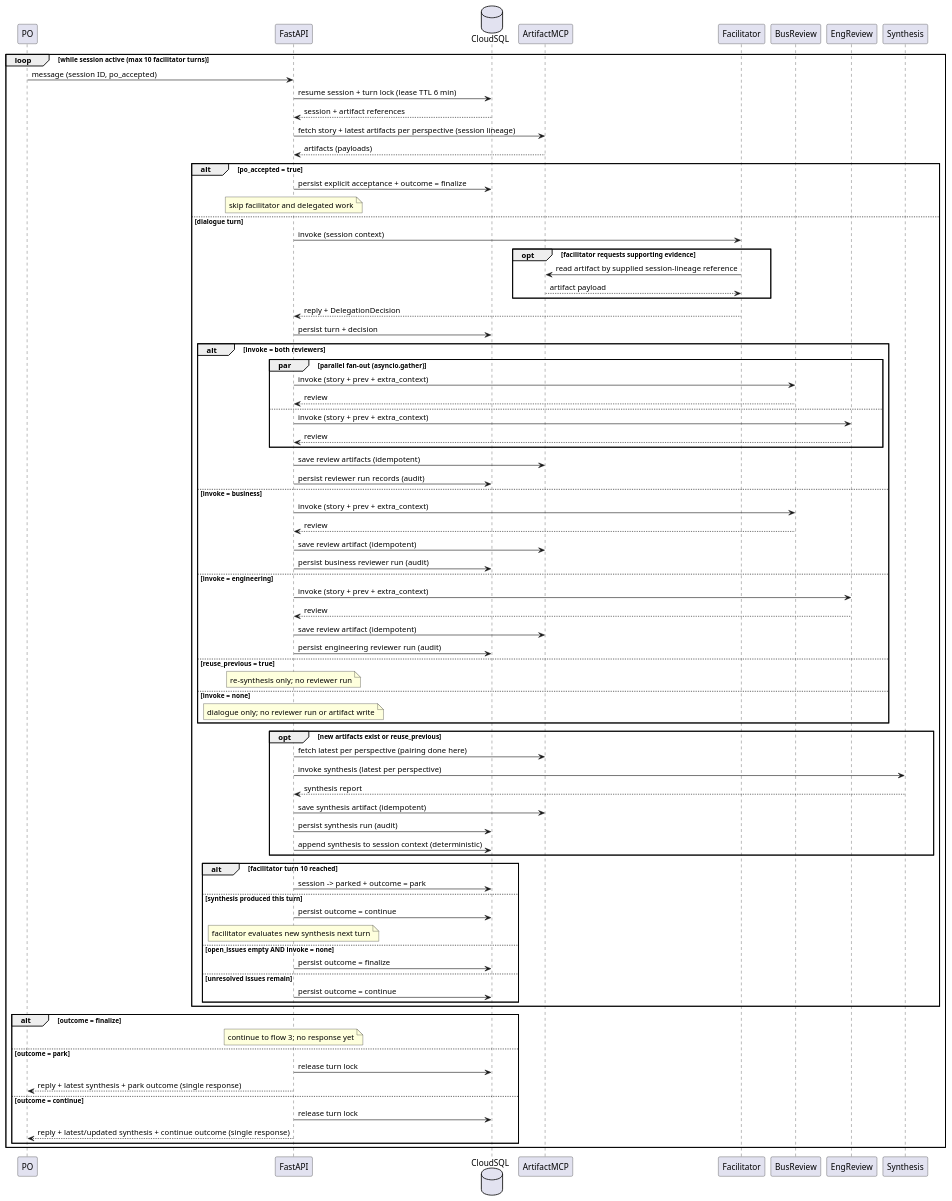
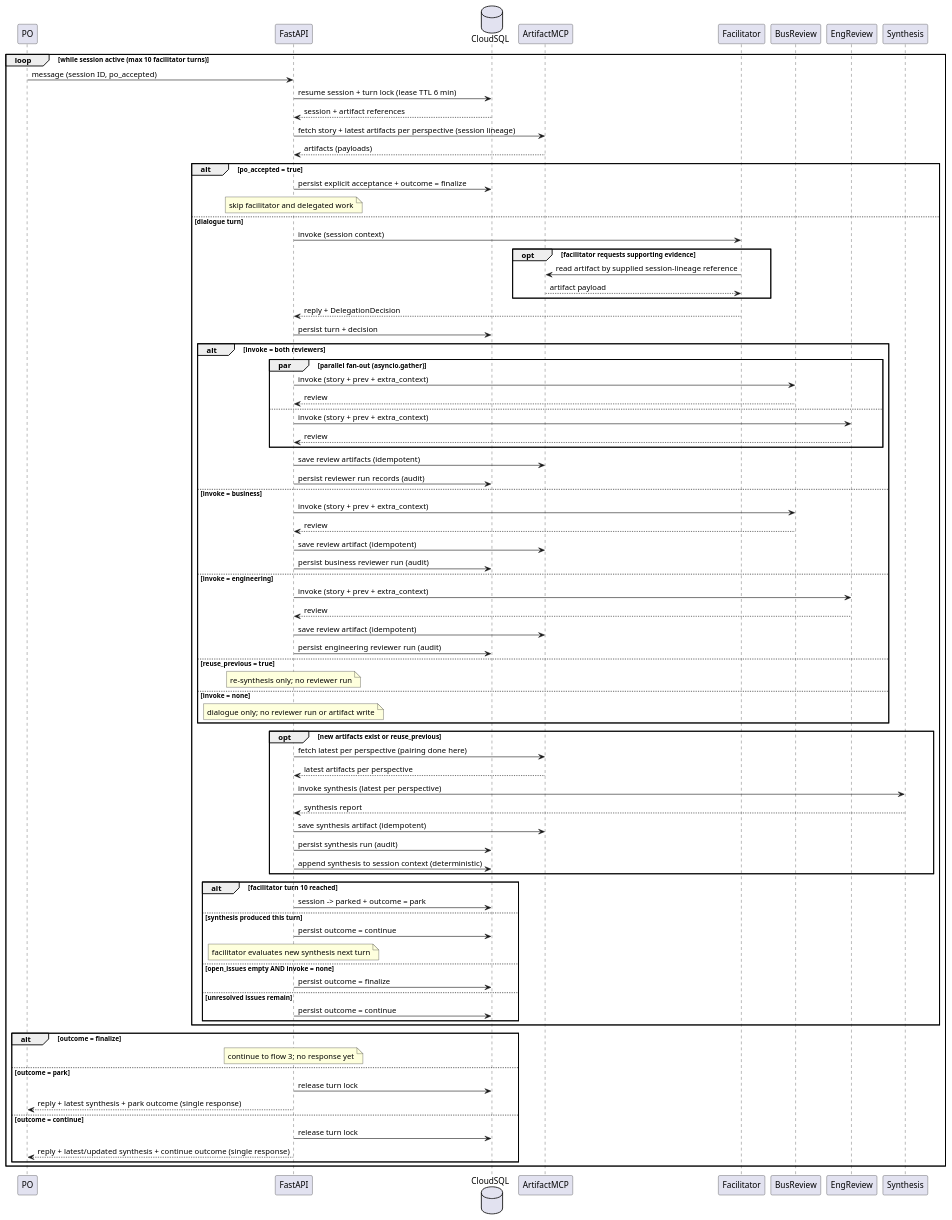
The diagram in docs/design/diagrams/flow2.puml (MMZ993/story-review), drawn with PlantUML before and after one commit. The commit also changed 1 other file, not shown here.

Commit message:
docs: add missing artifact mcp response before synthesis in flow 2 diagrams

```diff
--- a/docs/design/diagrams/flow2.puml
+++ b/docs/design/diagrams/flow2.puml
@@ -1,81 +1,82 @@
 @startuml
 participant PO
 participant "FastAPI" as F
 database "CloudSQL" as C
 participant "ArtifactMCP" as A
 participant "Facilitator" as T
 participant "BusReview" as B
 participant "EngReview" as E
 participant "Synthesis" as Y
 loop while session active (max 10 facilitator turns)
 PO -> F: message (session ID, po_accepted)
 F -> C: resume session + turn lock (lease TTL 6 min)
 C --> F: session + artifact references
 F -> A: fetch story + latest artifacts per perspective (session lineage)
 A --> F: artifacts (payloads)
 alt po_accepted = true
 F -> C: persist explicit acceptance + outcome = finalize
 note over F: skip facilitator and delegated work
 else dialogue turn
 F -> T: invoke (session context)
 opt facilitator requests supporting evidence
 T -> A: read artifact by supplied session-lineage reference
 A --> T: artifact payload
 end
 T --> F: reply + DelegationDecision
 F -> C: persist turn + decision
 alt invoke = both reviewers
 par parallel fan-out (asyncio.gather)
 F -> B: invoke (story + prev + extra_context)
 B --> F: review
 else
 F -> E: invoke (story + prev + extra_context)
 E --> F: review
 end
 F -> A: save review artifacts (idempotent)
 F -> C: persist reviewer run records (audit)
 else invoke = business
 F -> B: invoke (story + prev + extra_context)
 B --> F: review
 F -> A: save review artifact (idempotent)
 F -> C: persist business reviewer run (audit)
 else invoke = engineering
 F -> E: invoke (story + prev + extra_context)
 E --> F: review
 F -> A: save review artifact (idempotent)
 F -> C: persist engineering reviewer run (audit)
 else reuse_previous = true
 note over F: re-synthesis only; no reviewer run
 else invoke = none
 note over F: dialogue only; no reviewer run or artifact write
 end
 opt new artifacts exist or reuse_previous
 F -> A: fetch latest per perspective (pairing done here)
+A --> F: latest artifacts per perspective
 F -> Y: invoke synthesis (latest per perspective)
 Y --> F: synthesis report
 F -> A: save synthesis artifact (idempotent)
 F -> C: persist synthesis run (audit)
 F -> C: append synthesis to session context (deterministic)
 end
 alt facilitator turn 10 reached
 F -> C: session -> parked + outcome = park
 else synthesis produced this turn
 F -> C: persist outcome = continue
 note over F: facilitator evaluates new synthesis next turn
 else open_issues empty AND invoke = none
 F -> C: persist outcome = finalize
 else unresolved issues remain
 F -> C: persist outcome = continue
 end
 end
 alt outcome = finalize
 note over F: continue to flow 3; no response yet
 else outcome = park
 F -> C: release turn lock
 F --> PO: reply + latest synthesis + park outcome (single response)
 else outcome = continue
 F -> C: release turn lock
 F --> PO: reply + latest/updated synthesis + continue outcome (single response)
 end
 end
 @enduml
```
